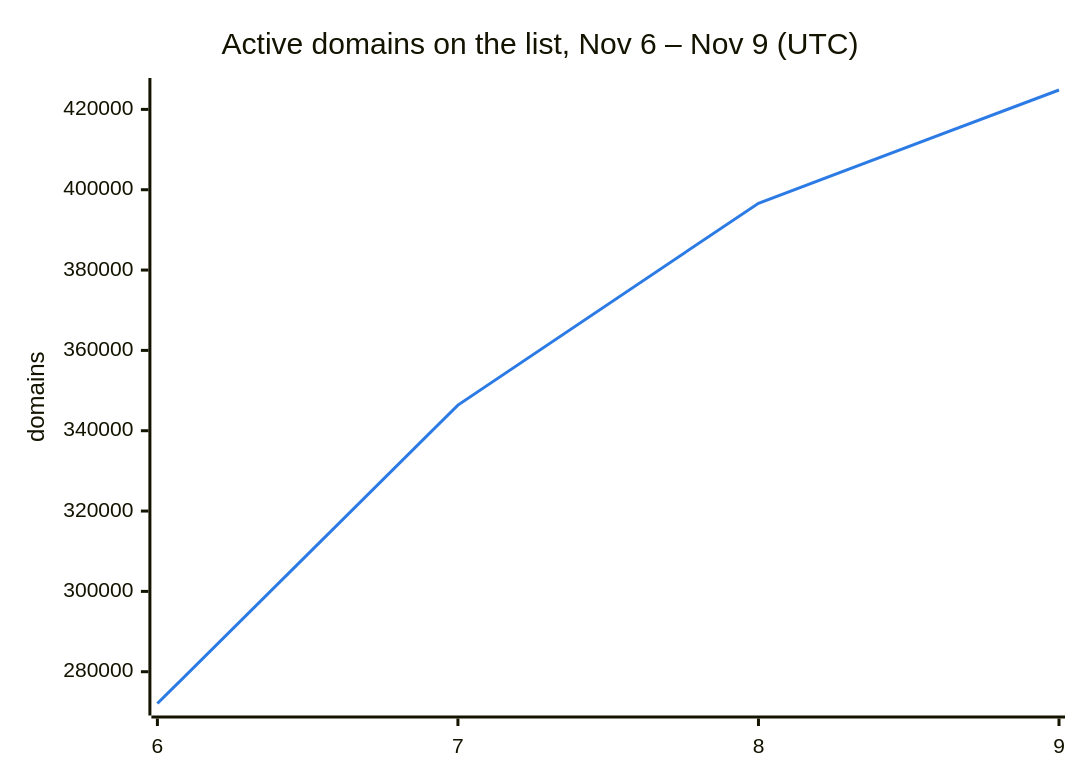
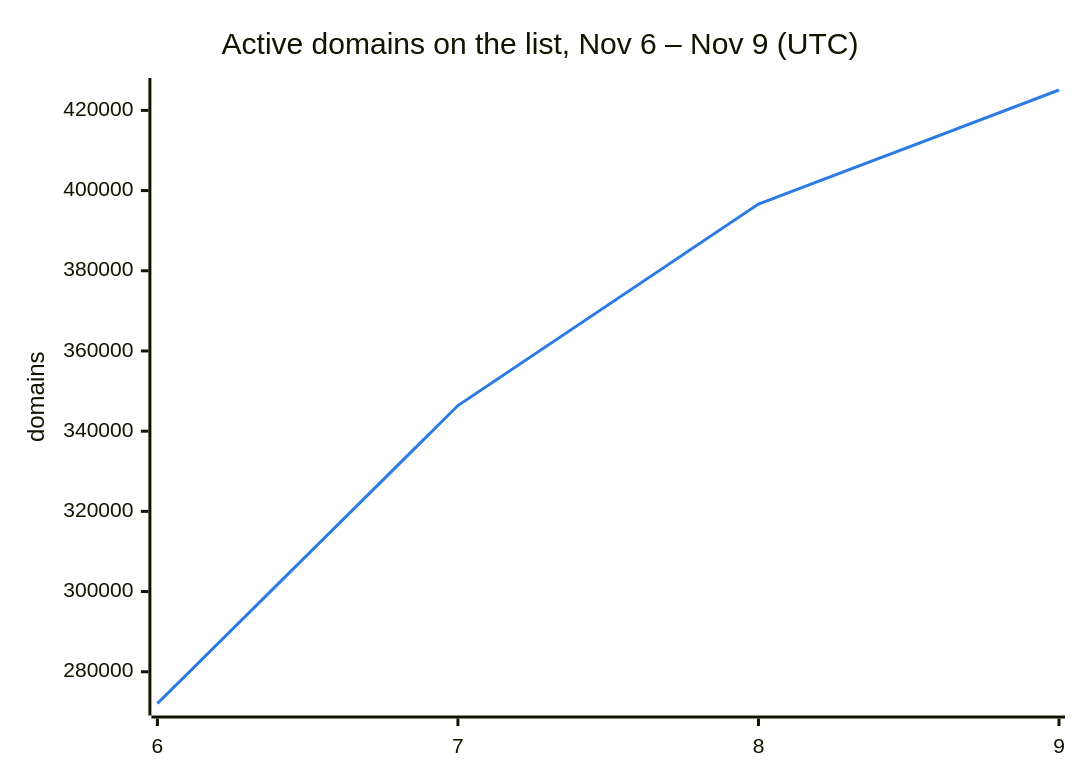
The second of 3 diagrams in README.md (DNSBunker/CTI), drawn with Mermaid before and after one commit. The commit also changed other lines of this file and 3 other files, not shown here.

````diff
--- a/README.md
+++ b/README.md
@@ -38,8 +38,8 @@
 ```mermaid
 %%{init: {"themeVariables": {"xyChart": {"plotColorPalette": "#2c7be5"}}}}%%
 xychart-beta
     title "Active domains on the list, Nov 6 – Nov 9 (UTC)"
     x-axis ["6", "7", "8", "9"]
     y-axis "domains"
-    line [272088, 346388, 396638, 424828]
+    line [272088, 346388, 396638, 425081]
 ```
````
